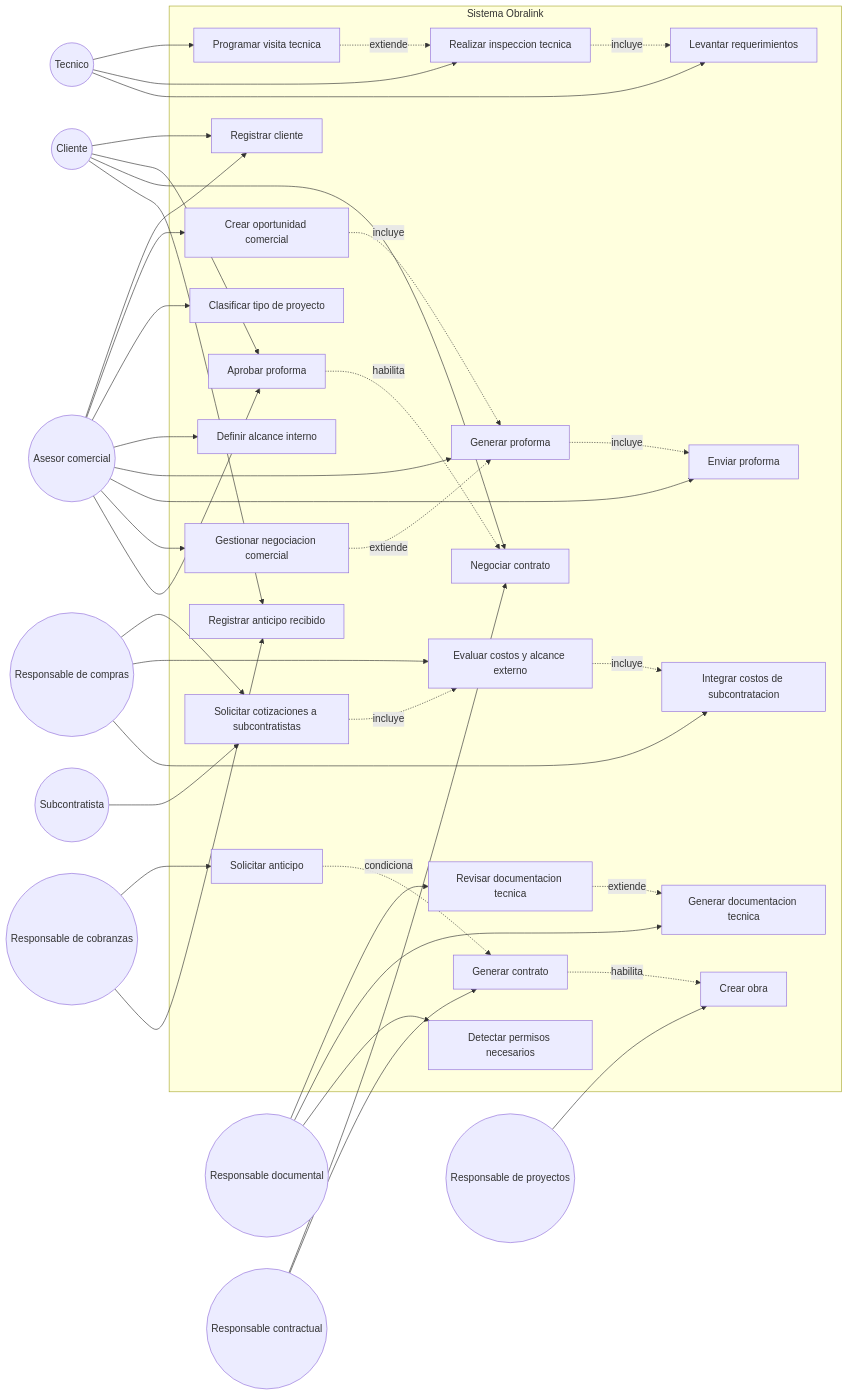
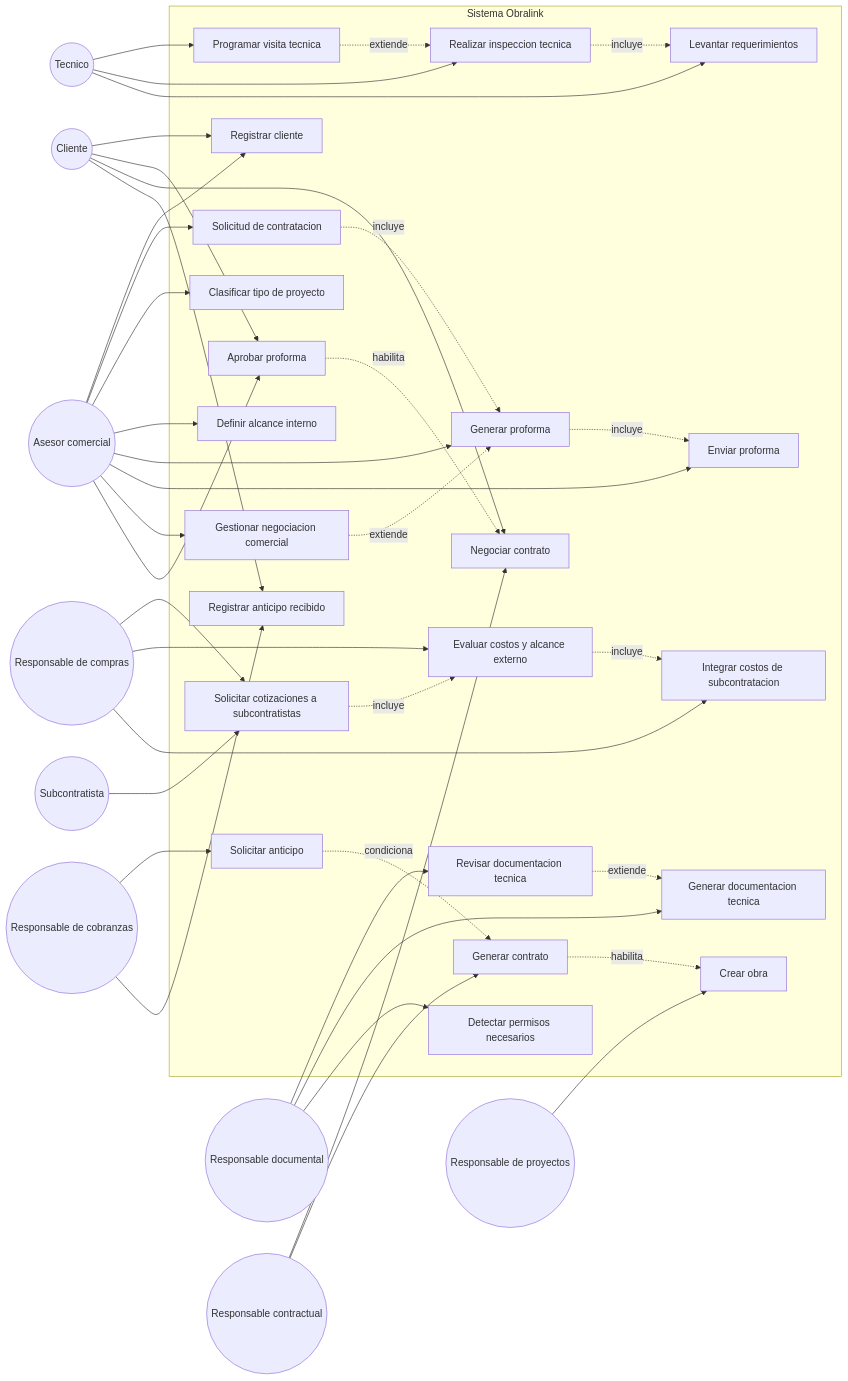
The second of 3 diagrams in Logica.md (apaul6dev/obralink-backend), drawn with Mermaid before and after one commit. The commit also changed other lines of this file, not shown here.

```diff
--- a/Logica.md
+++ b/Logica.md
@@ -94,7 +94,7 @@
 
     subgraph Sistema["Sistema Obralink"]
         UC1[Registrar cliente]
-        UC2[Crear oportunidad comercial]
+        UC2[Solicitud de contratacion]
         UC3[Clasificar tipo de proyecto]
         UC4[Programar visita tecnica]
         UC5[Realizar inspeccion tecnica]
```
